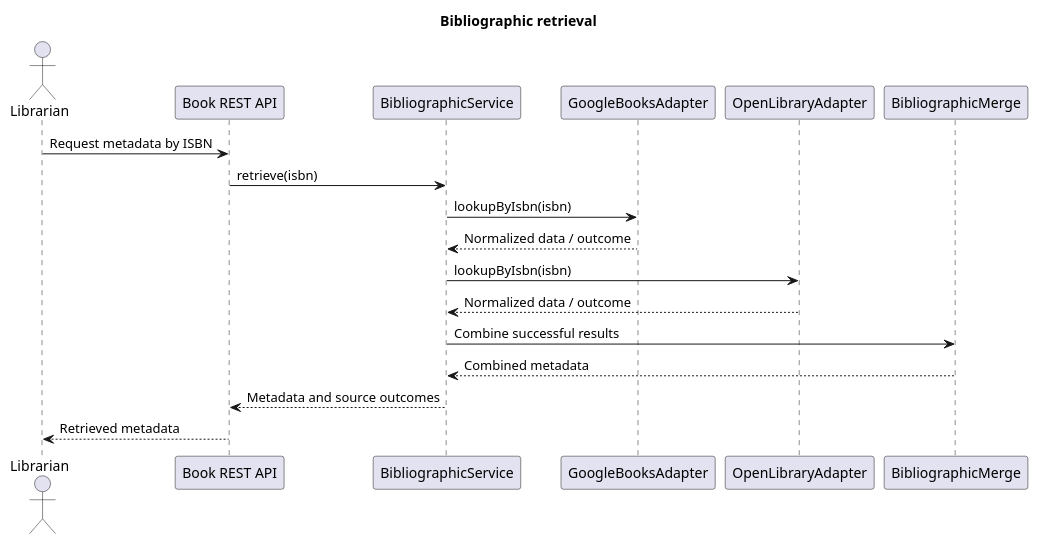
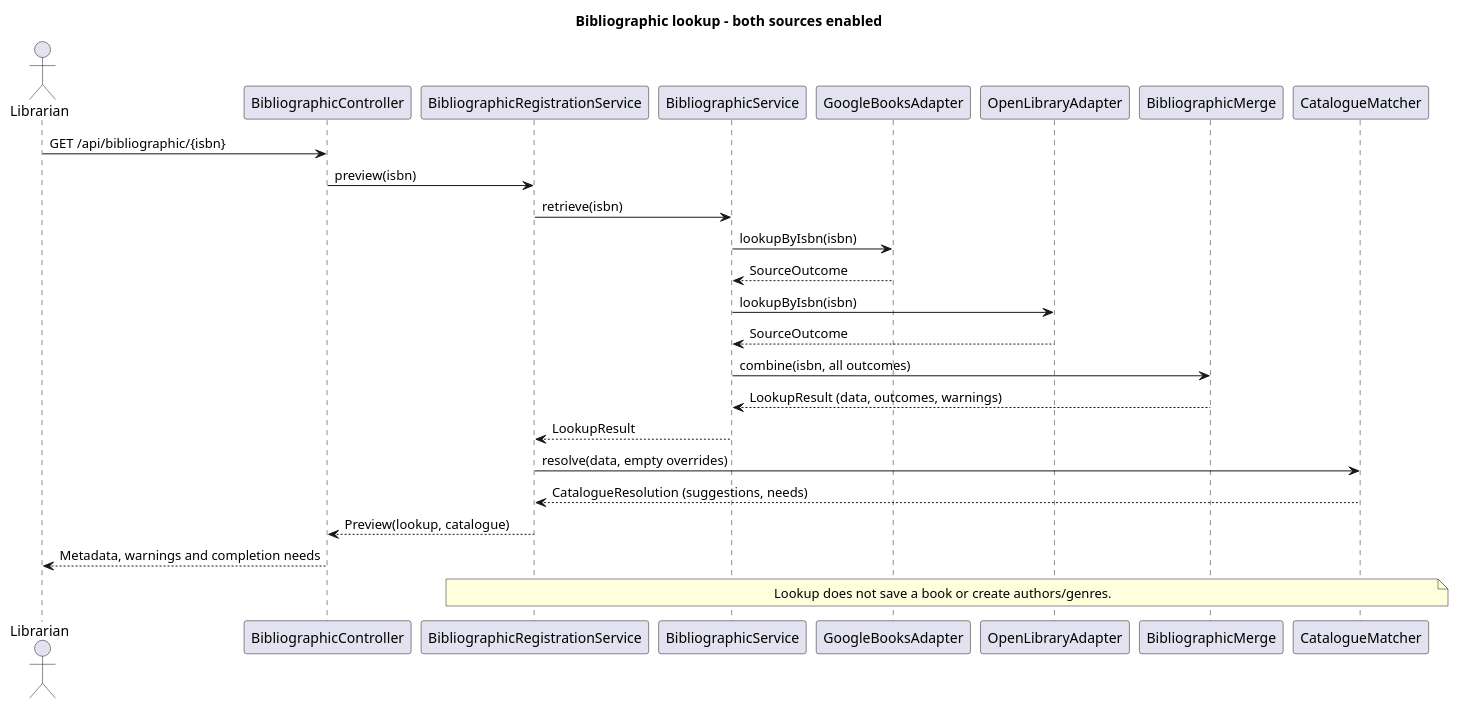
The diagram in Docs/DocsMasterDegree/system-to-be/Images/BibliographicRetrievalSequence.puml (Max1124/ARQSOFT_ODSOFT_G6), drawn with PlantUML before and after one commit. The commit also changed 55 other files, not shown here.

```diff
--- a/Docs/DocsMasterDegree/system-to-be/Images/BibliographicRetrievalSequence.puml
+++ b/Docs/DocsMasterDegree/system-to-be/Images/BibliographicRetrievalSequence.puml
@@ -1,21 +1,28 @@
 @startuml
 skinparam shadowing false
 skinparam backgroundColor white
-title Bibliographic retrieval
+title Bibliographic lookup - both sources enabled
 actor Librarian
-participant "Book REST API" as API
+participant BibliographicController as API
+participant BibliographicRegistrationService as Registration
 participant BibliographicService as Service
 participant GoogleBooksAdapter as Google
 participant OpenLibraryAdapter as Open
 participant BibliographicMerge as Merge
-Librarian -> API : Request metadata by ISBN
-API -> Service : retrieve(isbn)
+participant CatalogueMatcher as Catalogue
+Librarian -> API : GET /api/bibliographic/{isbn}
+API -> Registration : preview(isbn)
+Registration -> Service : retrieve(isbn)
 Service -> Google : lookupByIsbn(isbn)
-Google --> Service : Normalized data / outcome
+Google --> Service : SourceOutcome
 Service -> Open : lookupByIsbn(isbn)
-Open --> Service : Normalized data / outcome
-Service -> Merge : Combine successful results
-Merge --> Service : Combined metadata
-Service --> API : Metadata and source outcomes
-API --> Librarian : Retrieved metadata
+Open --> Service : SourceOutcome
+Service -> Merge : combine(isbn, all outcomes)
+Merge --> Service : LookupResult (data, outcomes, warnings)
+Service --> Registration : LookupResult
+Registration -> Catalogue : resolve(data, empty overrides)
+Catalogue --> Registration : CatalogueResolution (suggestions, needs)
+Registration --> API : Preview(lookup, catalogue)
+API --> Librarian : Metadata, warnings and completion needs
+note over Registration,Catalogue : Lookup does not save a book or create authors/genres.
 @enduml
```
